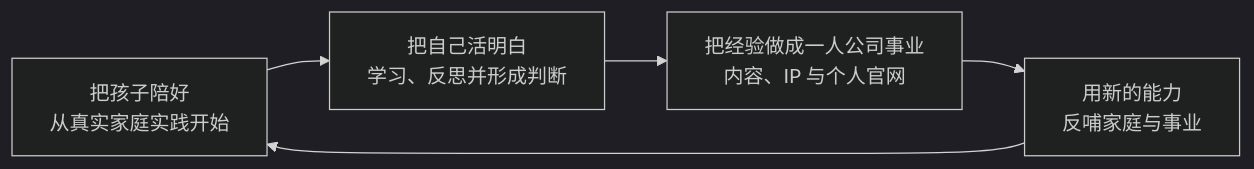
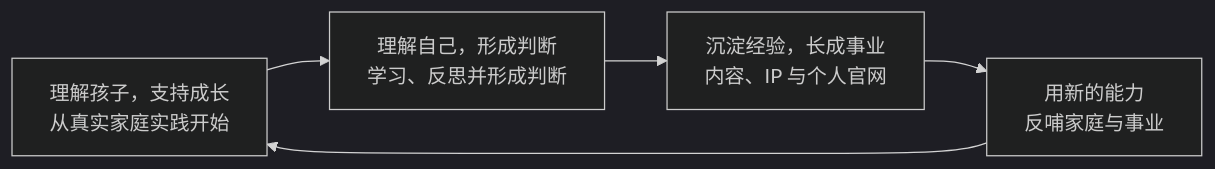
One commit to junyifei/junyi-skills changed the diagram in README.md. Above: the diagram before and after it, drawn with Mermaid (dark theme). The commit also changed other lines of this file and 6 other files, not shown here.

````diff
--- a/README.md
+++ b/README.md
@@ -50,7 +50,7 @@
 ```mermaid
 flowchart LR
-    A["把孩子陪好<br/>从真实家庭实践开始"] --> B["把自己活明白<br/>学习、反思并形成判断"]
-    B --> C["把经验做成一人公司事业<br/>内容、IP 与个人官网"]
+    A["理解孩子，支持成长<br/>从真实家庭实践开始"] --> B["理解自己，形成判断<br/>学习、反思并形成判断"]
+    B --> C["沉淀经验，长成事业<br/>内容、IP 与个人官网"]
     C --> D["用新的能力<br/>反哺家庭与事业"]
     D --> A
 ```
````
